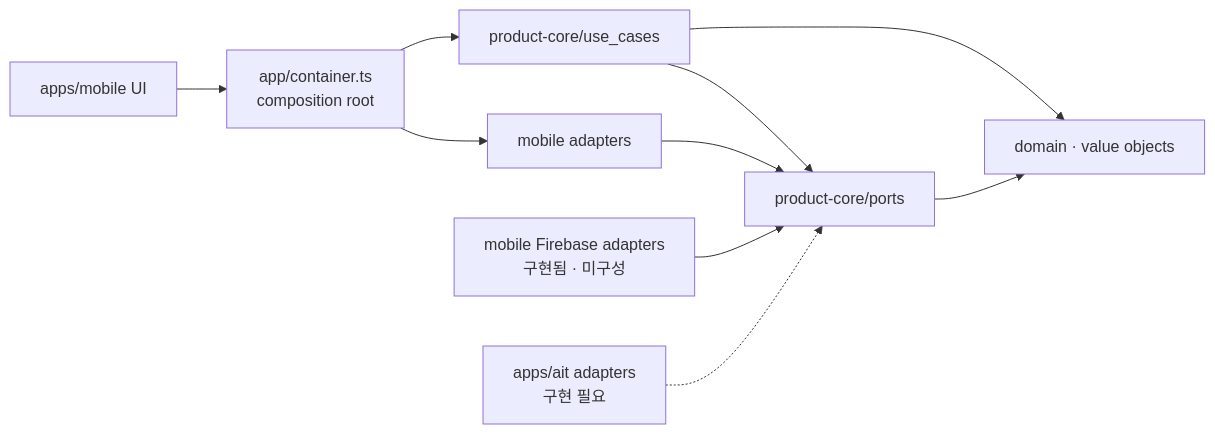
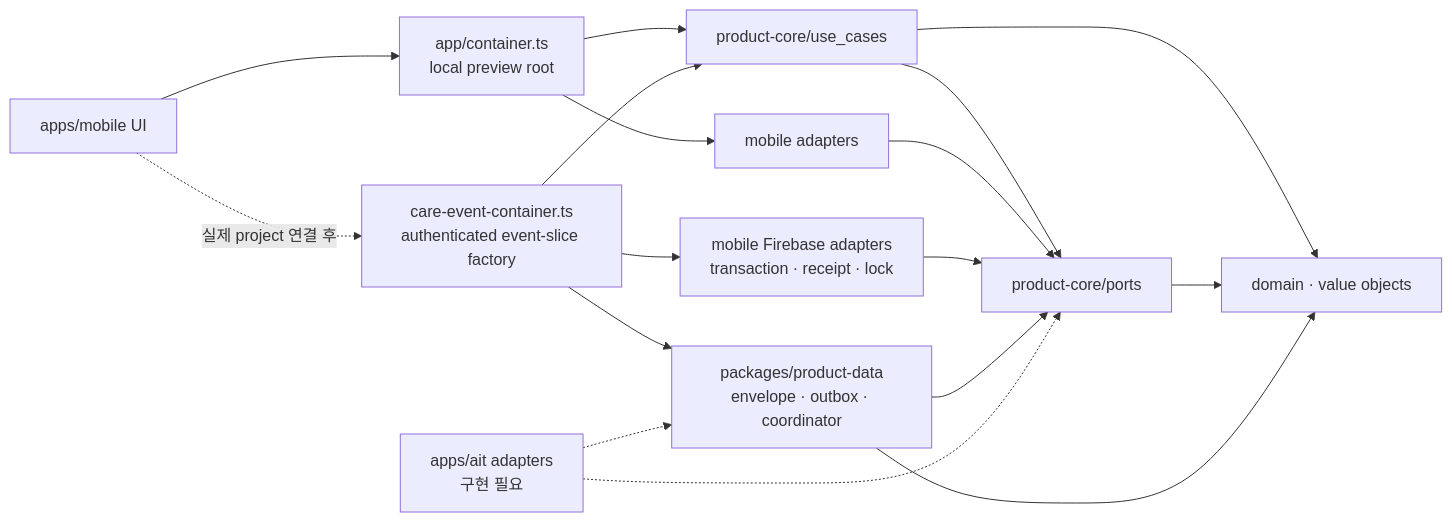
Before and after one commit to seorilabs/babycare: the diagram in docs/03-architecture/clean-architecture.md, drawn with Mermaid. The commit also changed other lines of this file and 49 other files, not shown here.

````diff
--- a/docs/03-architecture/clean-architecture.md
+++ b/docs/03-architecture/clean-architecture.md
@@ -7,12 +7,19 @@
 ```mermaid
 flowchart LR
-  UI["apps/mobile UI"] --> Root["app/container.ts<br/>composition root"]
+  UI["apps/mobile UI"] --> Root["app/container.ts<br/>local preview root"]
+  UI -.실제 project 연결 후.-> CloudRoot["care-event-container.ts<br/>authenticated event-slice factory"]
   Root --> UseCases["product-core/use_cases"]
   Root --> MobileAdapters["mobile adapters"]
+  CloudRoot --> UseCases
   UseCases --> Ports["product-core/ports"]
   UseCases --> Domain["domain · value objects"]
   Ports --> Domain
   MobileAdapters --> Ports
-  FirebaseAdapters["mobile Firebase adapters<br/>구현됨 · 미구성"] --> Ports
+  FirebaseAdapters["mobile Firebase adapters<br/>transaction · receipt · lock"] --> Ports
+  ProductData["packages/product-data<br/>envelope · outbox · coordinator"] --> Ports
+  ProductData --> Domain
+  CloudRoot --> ProductData
+  CloudRoot --> FirebaseAdapters
   AITAdapters["apps/ait adapters<br/>구현 필요"] -.-> Ports
+  AITAdapters -.-> ProductData
 ```
````
